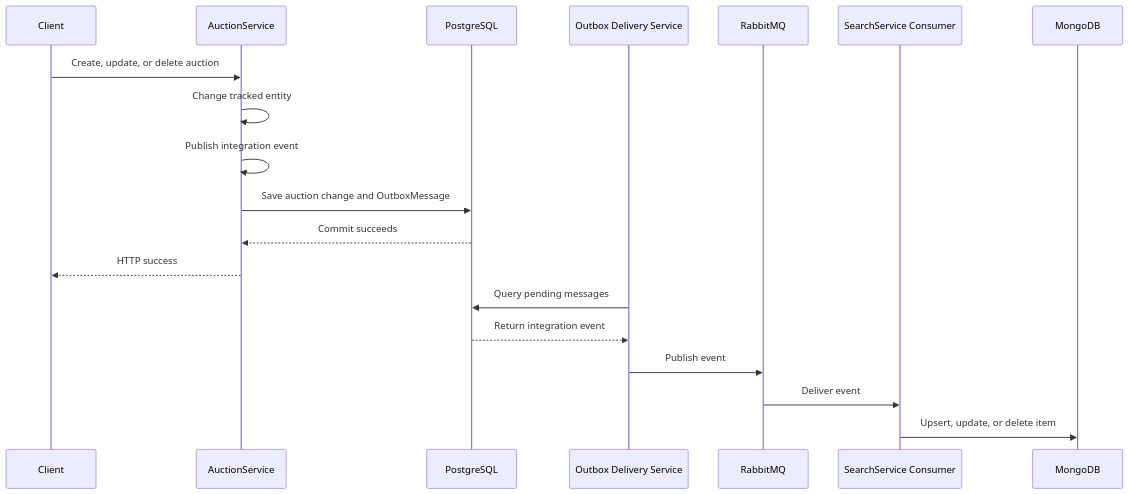
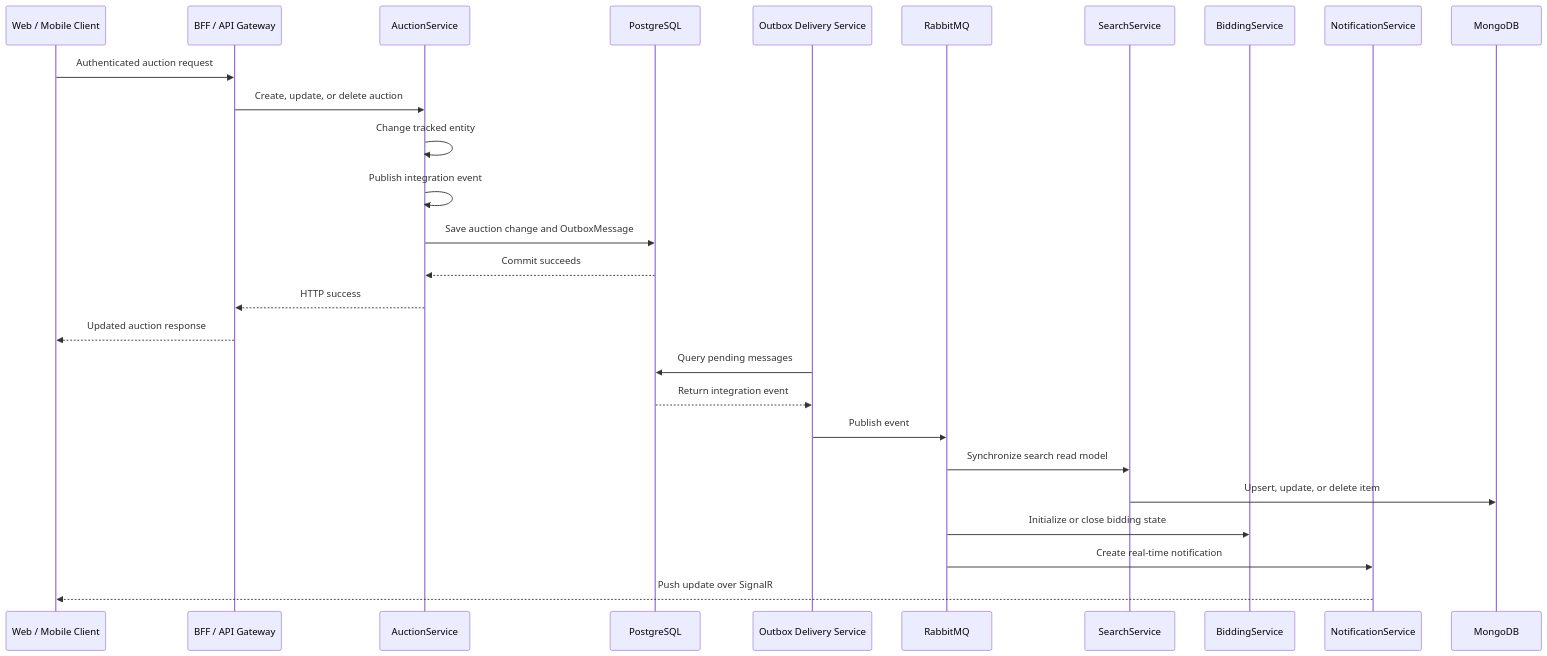
Before and after one commit to Tareq-Bilal/Revora: the diagram in README.md, drawn with Mermaid. The commit also changed other lines of this file, not shown here.

Commit message:
Update README.md to reflect project status and enhance clarity on architecture and services

````diff
--- a/README.md
+++ b/README.md
@@ -120,23 +75,31 @@
 ```mermaid
 sequenceDiagram
-    participant Client
+    participant Client as Web / Mobile Client
+    participant Gateway as BFF / API Gateway
     participant Auction as AuctionService
     participant PG as PostgreSQL
     participant Outbox as Outbox Delivery Service
     participant Rabbit as RabbitMQ
-    participant Consumer as SearchService Consumer
+    participant Search as SearchService
+    participant Bid as BiddingService
+    participant Notify as NotificationService
     participant Mongo as MongoDB
 
-    Client->>Auction: Create, update, or delete auction
+    Client->>Gateway: Authenticated auction request
+    Gateway->>Auction: Create, update, or delete auction
     Auction->>Auction: Change tracked entity
     Auction->>Auction: Publish integration event
     Auction->>PG: Save auction change and OutboxMessage
     PG-->>Auction: Commit succeeds
-    Auction-->>Client: HTTP success
+    Auction-->>Gateway: HTTP success
+    Gateway-->>Client: Updated auction response
 
     Outbox->>PG: Query pending messages
     PG-->>Outbox: Return integration event
     Outbox->>Rabbit: Publish event
-    Rabbit->>Consumer: Deliver event
-    Consumer->>Mongo: Upsert, update, or delete item
+    Rabbit->>Search: Synchronize search read model
+    Search->>Mongo: Upsert, update, or delete item
+    Rabbit->>Bid: Initialize or close bidding state
+    Rabbit->>Notify: Create real-time notification
+    Notify-->>Client: Push update over SignalR
 ```
````
